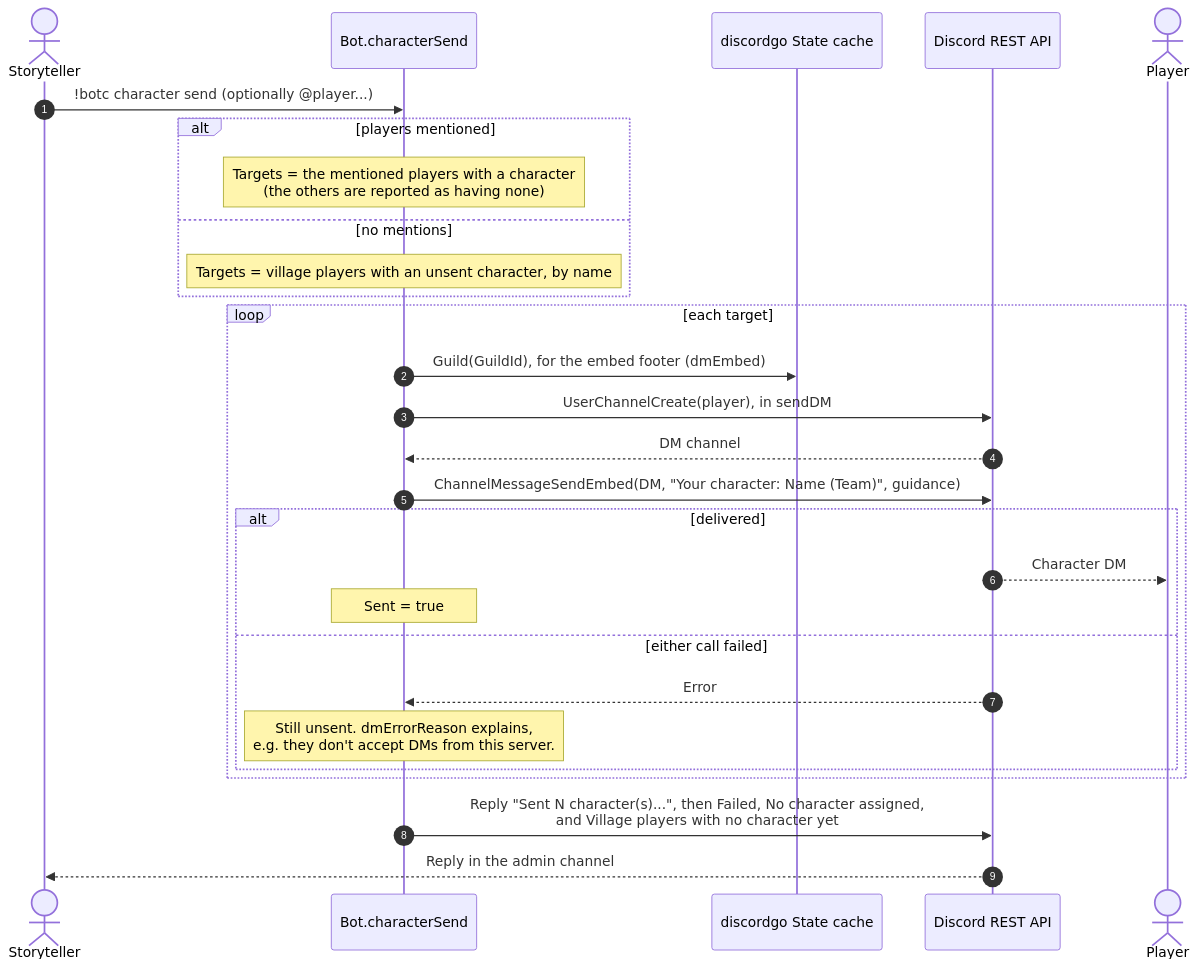
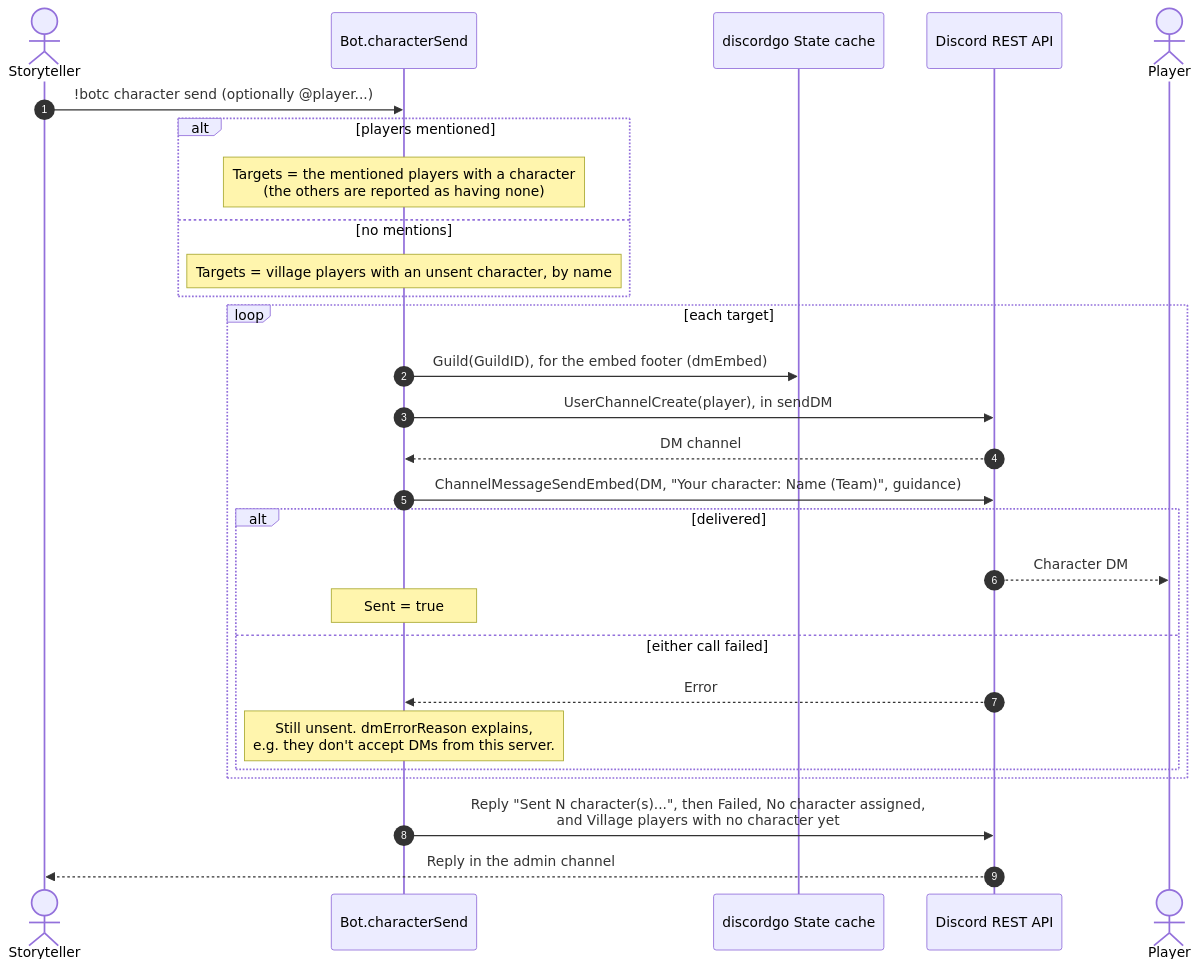
The seventh of 9 diagrams in docs/uml/characters.md (RAGNOARAKNOS/BotOnTheClocktower), drawn with Mermaid before and after one commit. The commit also changed other lines of this file and 13 other files, not shown here.

````diff
--- a/docs/uml/characters.md
+++ b/docs/uml/characters.md
@@ -175,31 +175,31 @@
 ```mermaid
 sequenceDiagram
     autonumber
     actor ST as Storyteller
     participant Bot as Bot.characterSend
     participant State as discordgo State cache
     participant REST as Discord REST API
     actor P as Player
 
     ST->>Bot: !botc character send (optionally @player...)
     alt players mentioned
         Note over Bot: Targets = the mentioned players with a character<br/>(the others are reported as having none)
     else no mentions
         Note over Bot: Targets = village players with an unsent character, by name
     end
     loop each target
-        Bot->>State: Guild(GuildId), for the embed footer (dmEmbed)
+        Bot->>State: Guild(GuildID), for the embed footer (dmEmbed)
         Bot->>REST: UserChannelCreate(player), in sendDM
         REST-->>Bot: DM channel
         Bot->>REST: ChannelMessageSendEmbed(DM, "Your character: Name (Team)", guidance)
         alt delivered
             REST-->>P: Character DM
             Note over Bot: Sent = true
         else either call failed
             REST-->>Bot: Error
             Note over Bot: Still unsent. dmErrorReason explains,<br/>e.g. they don't accept DMs from this server.
         end
     end
     Bot->>REST: Reply "Sent N character(s)...", then Failed, No character assigned,<br/>and Village players with no character yet
     REST-->>ST: Reply in the admin channel
 ```
````
